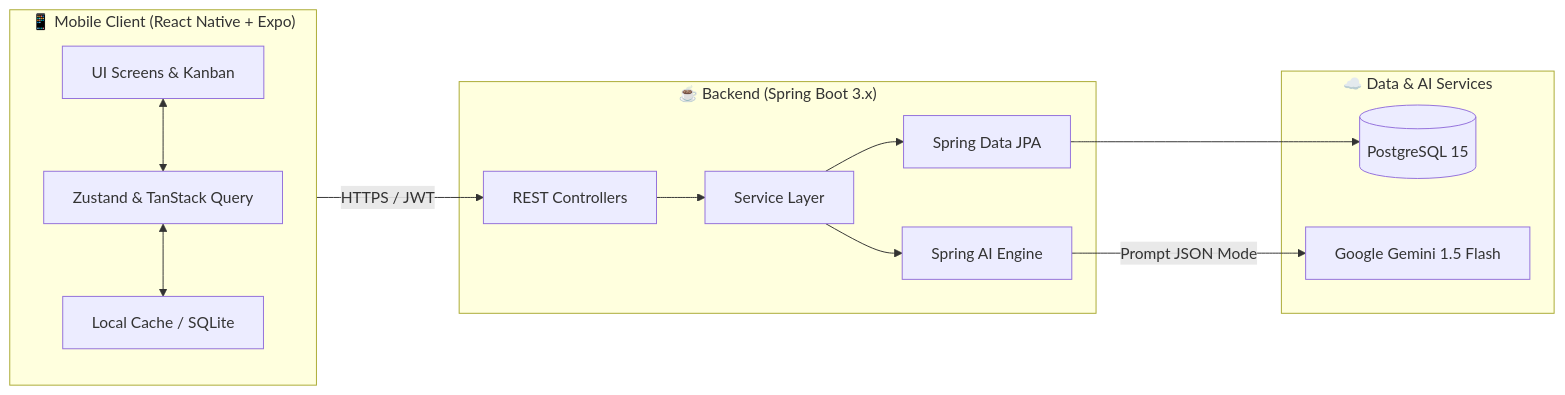
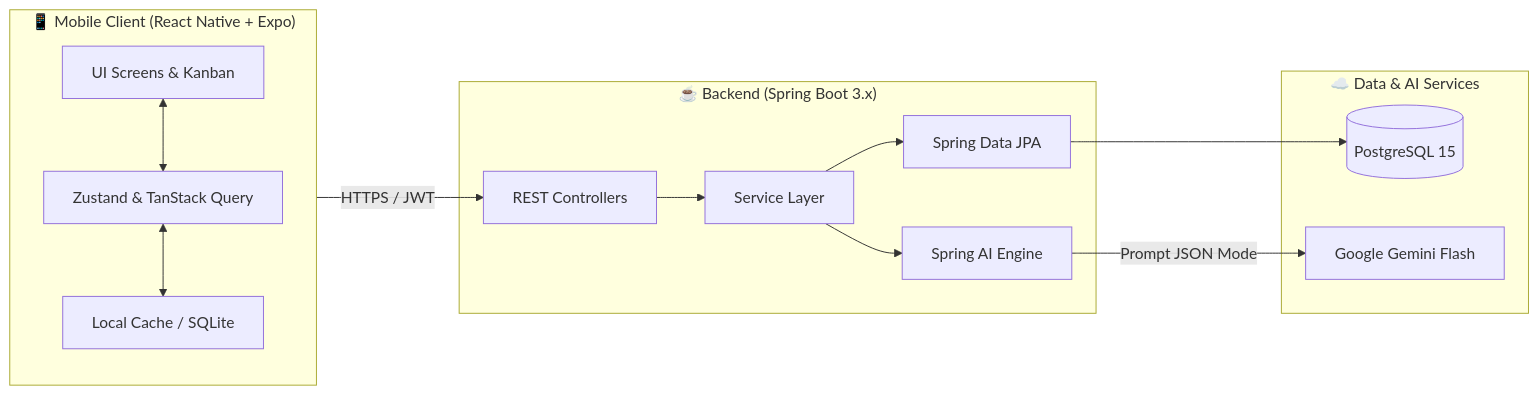
Before and after one commit to imkhari/Orbit: the diagram in README.md, drawn with Mermaid. The commit also changed other lines of this file and 70 other files, not shown here.

Commit message:
feat: complete Orbit task, account, and bilingual flows

````diff
--- a/README.md
+++ b/README.md
@@ -46,22 +46,22 @@
 ```mermaid
 graph LR
     subgraph Mobile ["📱 Mobile Client (React Native + Expo)"]
         A[UI Screens & Kanban] <--> B[Zustand & TanStack Query]
         B <--> C[Local Cache / SQLite]
     end
 
     subgraph Server ["☕ Backend (Spring Boot 3.x)"]
         D[REST Controllers] --> E[Service Layer]
         E --> F[Spring Data JPA]
         E --> G[Spring AI Engine]
     end
 
     subgraph Cloud ["☁️ Data & AI Services"]
         H[(PostgreSQL 15)]
-        I[Google Gemini 1.5 Flash]
+        I[Google Gemini Flash]
     end
 
     Mobile -- "HTTPS / JWT" --> D
     F --> H
     G -- "Prompt JSON Mode" --> I
 ```
````
